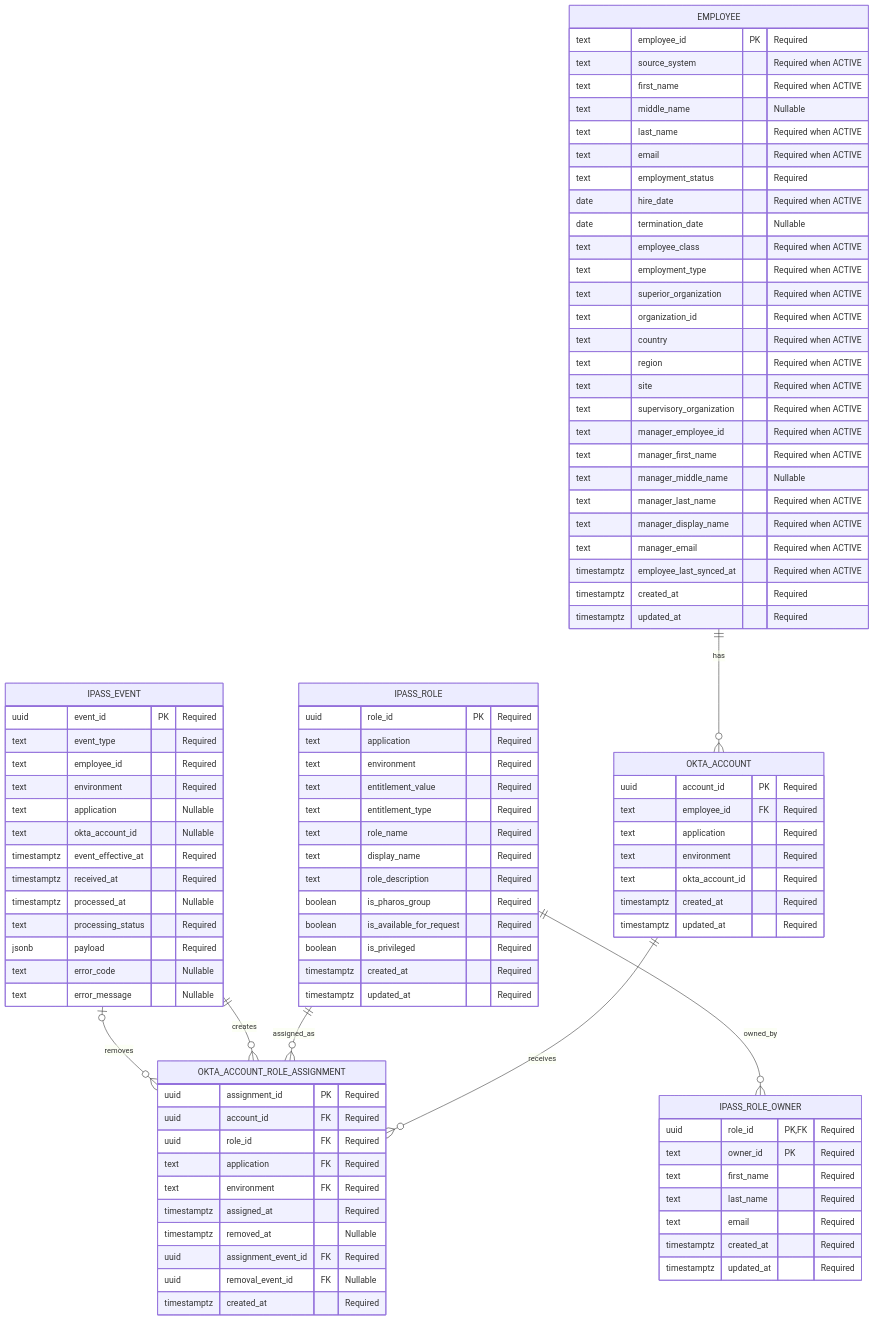
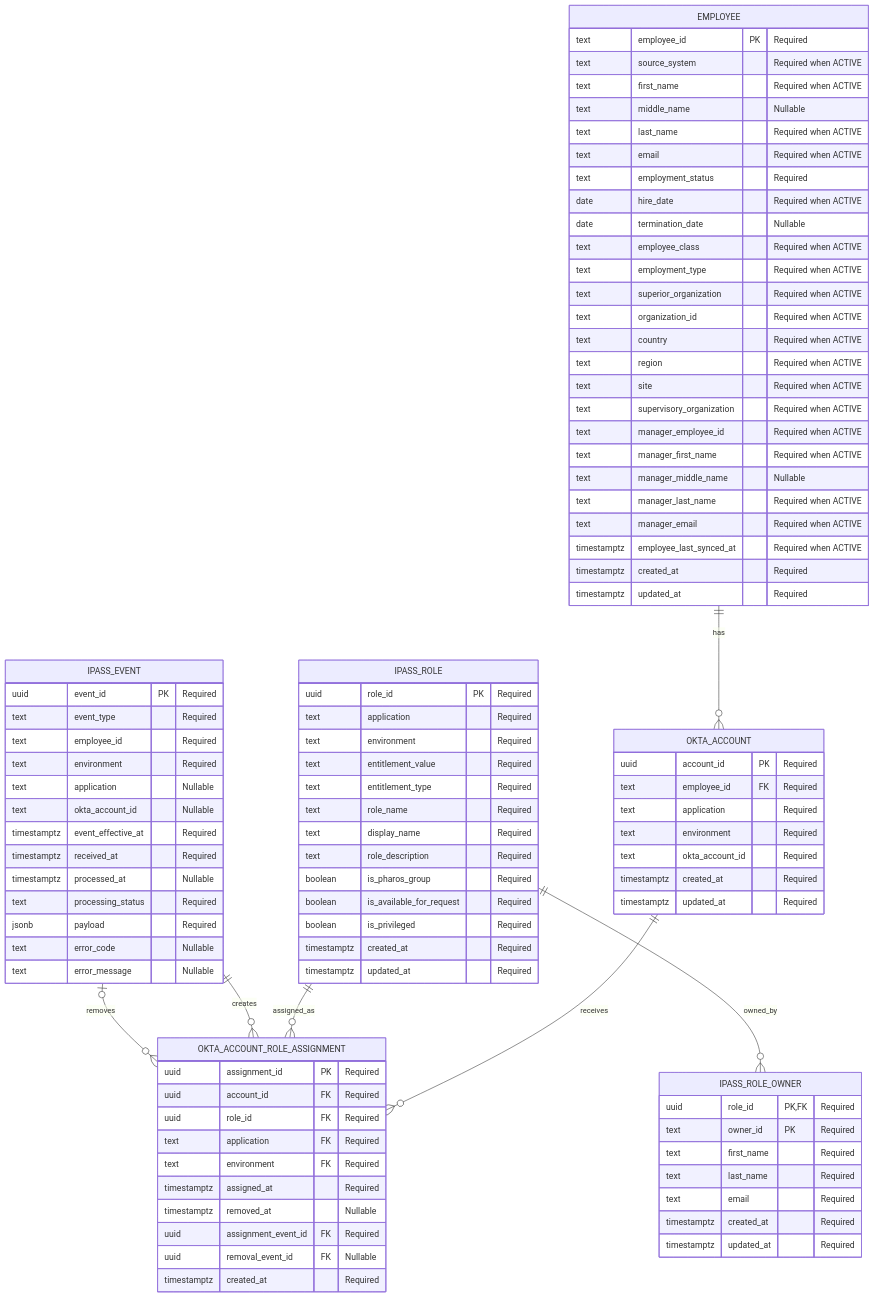
The diagram in docs/pharos-ingestion-full-erd.mmd (bvm-arjun108/user-access-management), drawn with Mermaid before and after one commit. The commit also changed 23 other files, not shown here.

```diff
--- a/docs/pharos-ingestion-full-erd.mmd
+++ b/docs/pharos-ingestion-full-erd.mmd
@@ -1,101 +1,100 @@
 erDiagram
     EMPLOYEE ||--o{ OKTA_ACCOUNT : has
     OKTA_ACCOUNT ||--o{ OKTA_ACCOUNT_ROLE_ASSIGNMENT : receives
     IPASS_ROLE ||--o{ OKTA_ACCOUNT_ROLE_ASSIGNMENT : assigned_as
     IPASS_ROLE ||--o{ IPASS_ROLE_OWNER : owned_by
     IPASS_EVENT ||--o{ OKTA_ACCOUNT_ROLE_ASSIGNMENT : creates
     IPASS_EVENT o|--o{ OKTA_ACCOUNT_ROLE_ASSIGNMENT : removes
 
     EMPLOYEE {
         text employee_id PK "Required"
         text source_system "Required when ACTIVE"
         text first_name "Required when ACTIVE"
         text middle_name "Nullable"
         text last_name "Required when ACTIVE"
         text email "Required when ACTIVE"
         text employment_status "Required"
         date hire_date "Required when ACTIVE"
         date termination_date "Nullable"
         text employee_class "Required when ACTIVE"
         text employment_type "Required when ACTIVE"
         text superior_organization "Required when ACTIVE"
         text organization_id "Required when ACTIVE"
         text country "Required when ACTIVE"
         text region "Required when ACTIVE"
         text site "Required when ACTIVE"
         text supervisory_organization "Required when ACTIVE"
         text manager_employee_id "Required when ACTIVE"
         text manager_first_name "Required when ACTIVE"
         text manager_middle_name "Nullable"
         text manager_last_name "Required when ACTIVE"
-        text manager_display_name "Required when ACTIVE"
         text manager_email "Required when ACTIVE"
         timestamptz employee_last_synced_at "Required when ACTIVE"
         timestamptz created_at "Required"
         timestamptz updated_at "Required"
     }
 
     OKTA_ACCOUNT {
         uuid account_id PK "Required"
         text employee_id FK "Required"
         text application "Required"
         text environment "Required"
         text okta_account_id "Required"
         timestamptz created_at "Required"
         timestamptz updated_at "Required"
     }
 
     IPASS_ROLE {
         uuid role_id PK "Required"
         text application "Required"
         text environment "Required"
         text entitlement_value "Required"
         text entitlement_type "Required"
         text role_name "Required"
         text display_name "Required"
         text role_description "Required"
         boolean is_pharos_group "Required"
         boolean is_available_for_request "Required"
         boolean is_privileged "Required"
         timestamptz created_at "Required"
         timestamptz updated_at "Required"
     }
 
     IPASS_ROLE_OWNER {
         uuid role_id PK,FK "Required"
         text owner_id PK "Required"
         text first_name "Required"
         text last_name "Required"
         text email "Required"
         timestamptz created_at "Required"
         timestamptz updated_at "Required"
     }
 
     IPASS_EVENT {
         uuid event_id PK "Required"
         text event_type "Required"
         text employee_id "Required"
         text environment "Required"
         text application "Nullable"
         text okta_account_id "Nullable"
         timestamptz event_effective_at "Required"
         timestamptz received_at "Required"
         timestamptz processed_at "Nullable"
         text processing_status "Required"
         jsonb payload "Required"
         text error_code "Nullable"
         text error_message "Nullable"
     }
 
     OKTA_ACCOUNT_ROLE_ASSIGNMENT {
         uuid assignment_id PK "Required"
         uuid account_id FK "Required"
         uuid role_id FK "Required"
         text application FK "Required"
         text environment FK "Required"
         timestamptz assigned_at "Required"
         timestamptz removed_at "Nullable"
         uuid assignment_event_id FK "Required"
         uuid removal_event_id FK "Nullable"
         timestamptz created_at "Required"
     }
```
